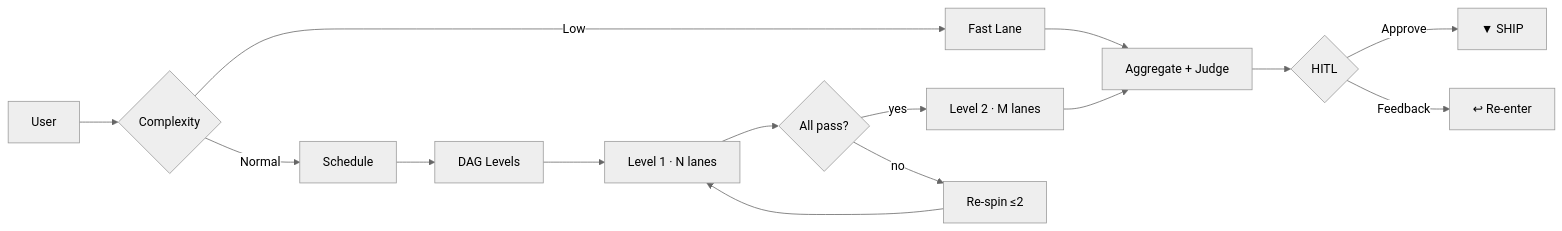
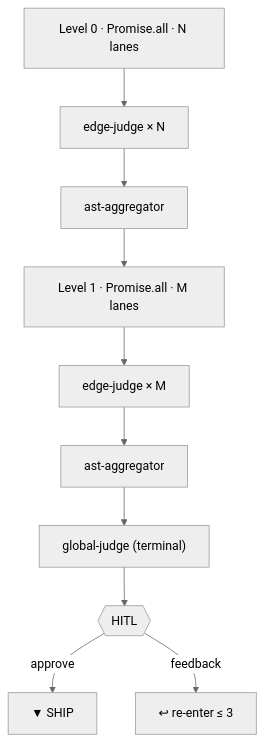
One commit to datnguyennnx/nyx changed the third of 3 diagrams in README.md. Above: the diagram before and after it, drawn with Mermaid (neutral theme). The commit also changed other lines of this file and 63 other files, not shown here.

````diff
--- a/README.md
+++ b/README.md
@@ -117,17 +99,12 @@
 ```mermaid
-flowchart LR
-    U[User] --> CL{Complexity}
-    CL -->|Low| FL[Fast Lane]
-    CL -->|Normal| S[Schedule]
-    S --> L[DAG Levels]
-    L --> L0["Level 1 · N lanes"]
-    L0 --> LC{All pass?}
-    LC -->|yes| L1["Level 2 · M lanes"]
-    LC -->|no| RS[Re-spin ≤2]
-    RS --> L0
-    L1 --> M[Aggregate + Judge]
-    FL --> M
-    M --> H{HITL}
-    H -->|Approve| SH[▼ SHIP]
-    H -->|Feedback| RE[↩ Re-enter]
+flowchart TB
+    L0["Level 0 · Promise.all · N lanes"] --> EJ1["edge-judge × N"]
+    EJ1 --> AA1["ast-aggregator"]
+    AA1 --> L1["Level 1 · Promise.all · M lanes"]
+    L1 --> EJ2["edge-judge × M"]
+    EJ2 --> AA2["ast-aggregator"]
+    AA2 --> GJ["global-judge (terminal)"]
+    GJ --> HITL{{HITL}}
+    HITL -->|approve| SH[▼ SHIP]
+    HITL -->|feedback| RE["↩ re-enter ≤ 3"]
 ```
````
